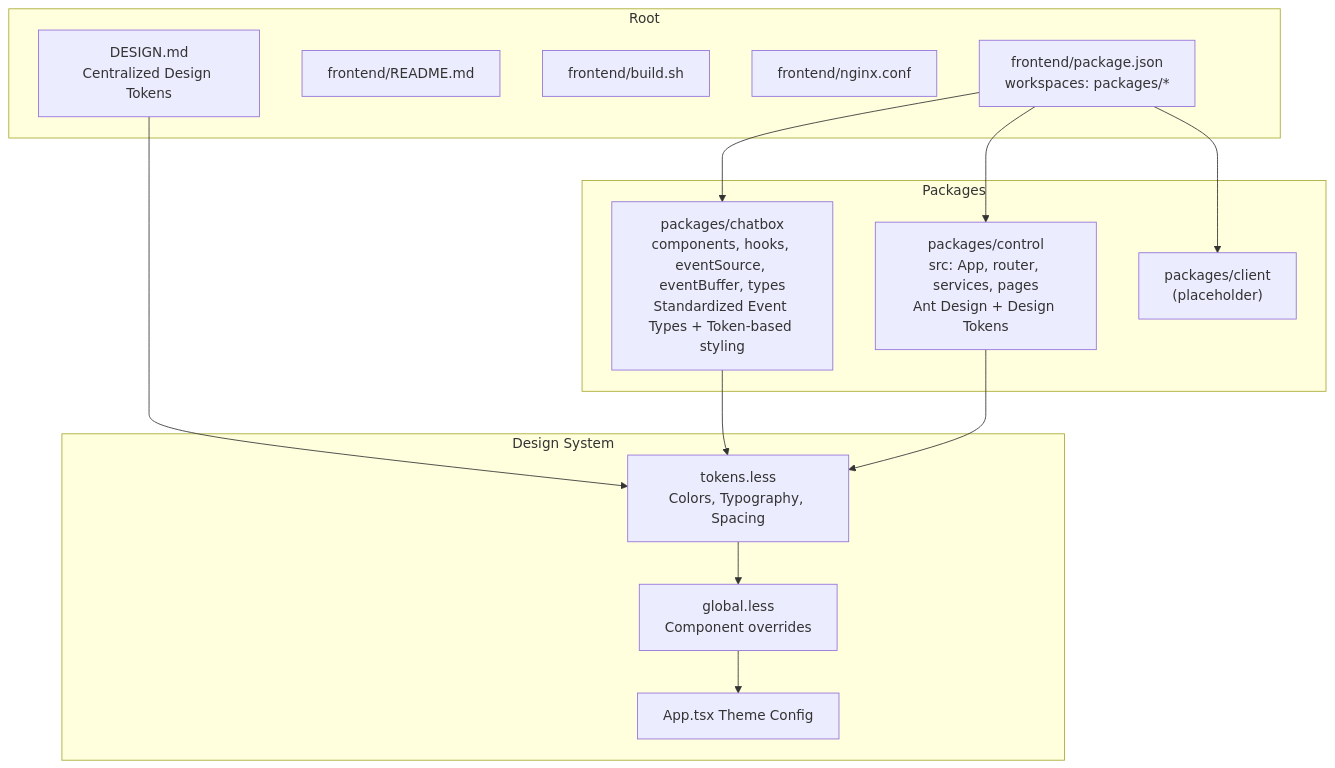
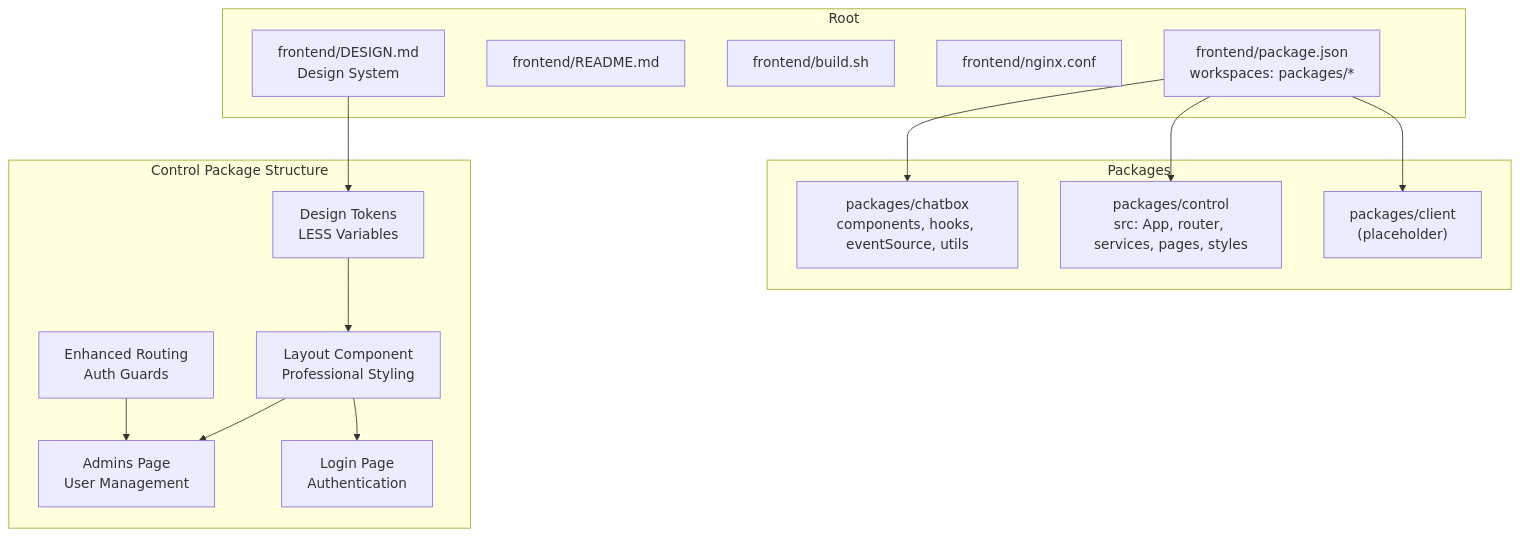
Before and after one commit to alibaba/tron-one-agent: the first of 9 diagrams in .qoder/repowiki/en/content/Frontend Architecture/Frontend Architecture.md, drawn with Mermaid. The commit also changed other lines of this file and 13 other files, not shown here.

````diff
--- a/.qoder/repowiki/en/content/Frontend Architecture/Frontend Architecture.md
+++ b/.qoder/repowiki/en/content/Frontend Architecture/Frontend Architecture.md
@@ -69,28 +66,30 @@
 ```mermaid
 graph TB
 subgraph "Root"
 R_pkg["frontend/package.json<br/>workspaces: packages/*"]
 R_readme["frontend/README.md"]
 R_build["frontend/build.sh"]
 R_nginx["frontend/nginx.conf"]
-R_design["DESIGN.md<br/>Centralized Design Tokens"]
+R_design["frontend/DESIGN.md<br/>Design System"]
 end
 subgraph "Packages"
-P_chatbox["packages/chatbox<br/>components, hooks, eventSource, eventBuffer, types<br/>Standardized Event Types + Token-based styling"]
-P_control["packages/control<br/>src: App, router, services, pages<br/>Ant Design + Design Tokens"]
+P_chatbox["packages/chatbox<br/>components, hooks, eventSource, utils"]
+P_control["packages/control<br/>src: App, router, services, pages, styles"]
 P_client["packages/client<br/>(placeholder)"]
 end
-subgraph "Design System"
-DS_tokens["tokens.less<br/>Colors, Typography, Spacing"]
-DS_global["global.less<br/>Component overrides"]
-DS_app_theme["App.tsx Theme Config"]
+subgraph "Control Package Structure"
+C_layout["Layout Component<br/>Professional Styling"]
+C_admins["Admins Page<br/>User Management"]
+C_login["Login Page<br/>Authentication"]
+C_router["Enhanced Routing<br/>Auth Guards"]
+C_styles["Design Tokens<br/>LESS Variables"]
 end
 R_pkg --> P_chatbox
 R_pkg --> P_control
 R_pkg --> P_client
-R_design --> DS_tokens
-DS_tokens --> DS_global
-DS_global --> DS_app_theme
-P_chatbox --> DS_tokens
-P_control --> DS_tokens
+R_design --> C_styles
+C_layout --> C_admins
+C_layout --> C_login
+C_router --> C_admins
+C_styles --> C_layout
 ```
````
